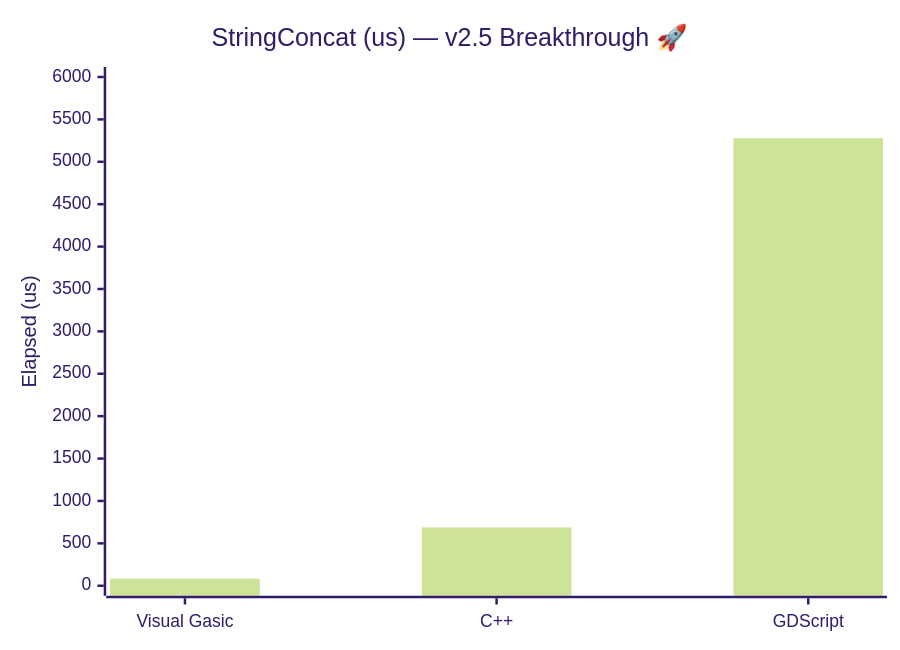
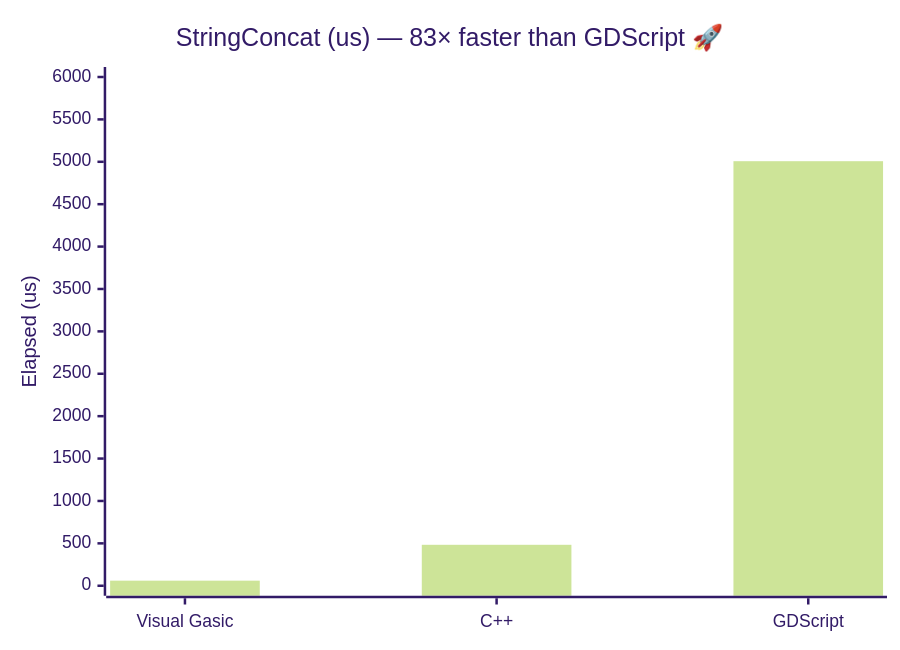
Diagram 11 of 11 in docs/manual/performance.md (xgreenrx-star/VisualGasic), drawn with Mermaid (forest theme) before and after one commit. The commit also changed other lines of this file and 3 other files, not shown here.

````diff
--- a/docs/manual/performance.md
+++ b/docs/manual/performance.md
@@ -161,7 +169,7 @@
 ```mermaid
 xychart-beta
-    title "StringConcat (us) — v2.5 Breakthrough 🚀"
+    title "StringConcat (us) — 83× faster than GDScript 🚀"
     x-axis ["Visual Gasic","C++","GDScript"]
     y-axis "Elapsed (us)" 0 --> 6000
-    bar [85,688,5278]
+    bar [60,483,5007]
 ```
````
